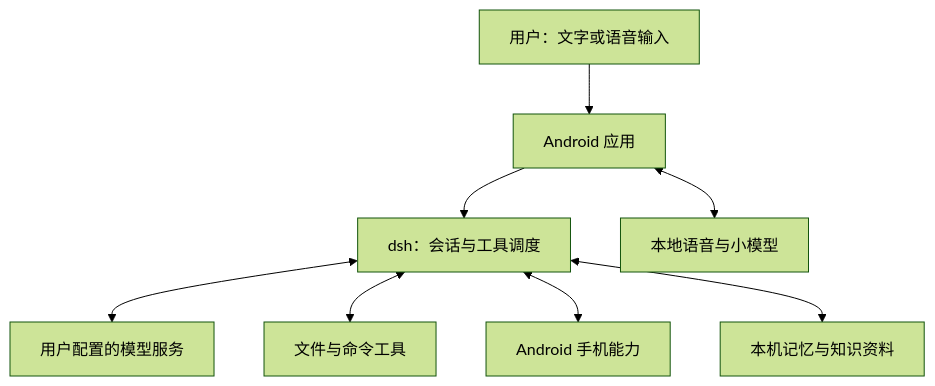
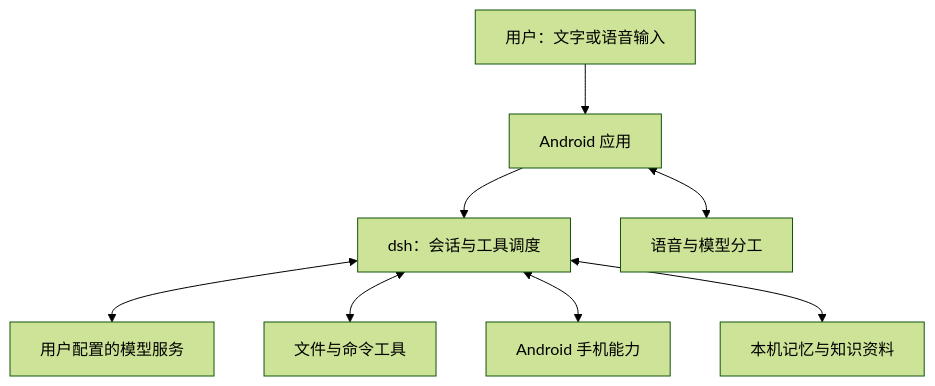
One commit to skynit/DSHX changed the diagram in README.md. Above: the diagram before and after it, drawn with Mermaid (forest theme). The commit also changed other lines of this file and 36 other files, not shown here.

````diff
--- a/README.md
+++ b/README.md
@@ -95,10 +95,10 @@
 ```mermaid
 flowchart TD
     U[用户：文字或语音输入] --> A[Android 应用]
     A --> D[dsh：会话与工具调度]
     D <--> M[用户配置的模型服务]
     D <--> F[文件与命令工具]
     D <--> P[Android 手机能力]
     D <--> K[本机记忆与知识资料]
-    A <--> V[本地语音与小模型]
+    A <--> V[语音与模型分工]
 ```
````
